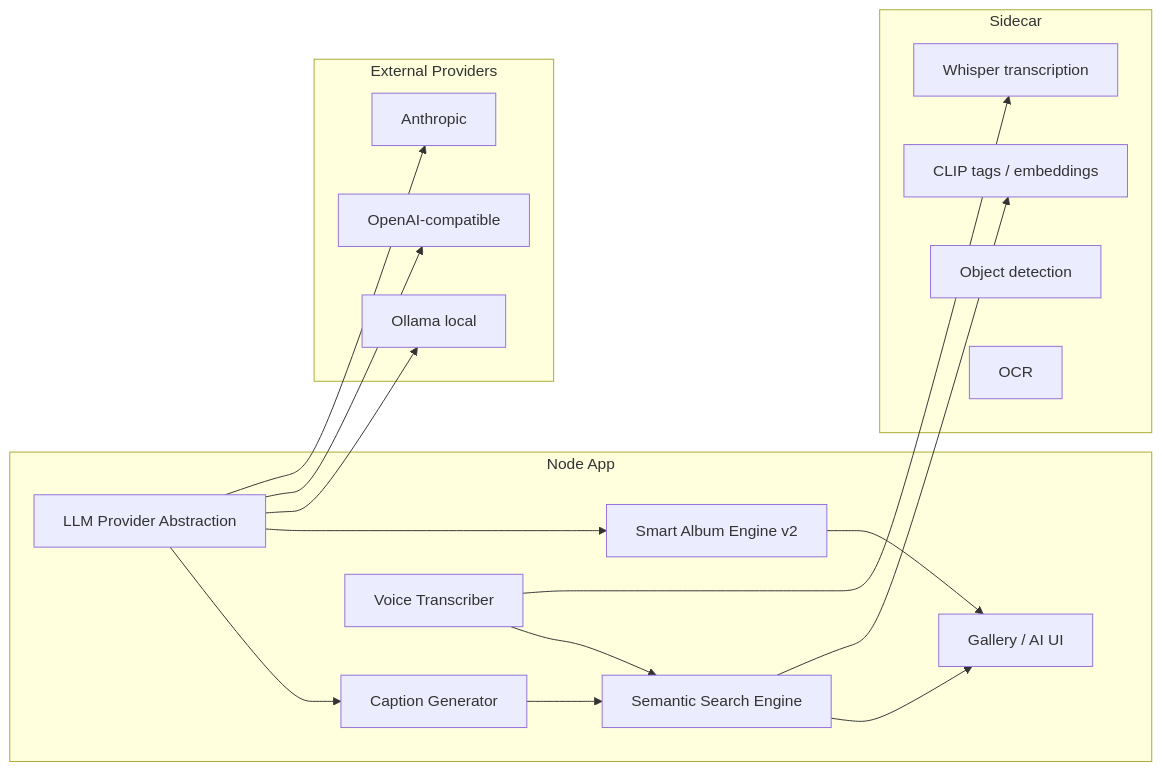
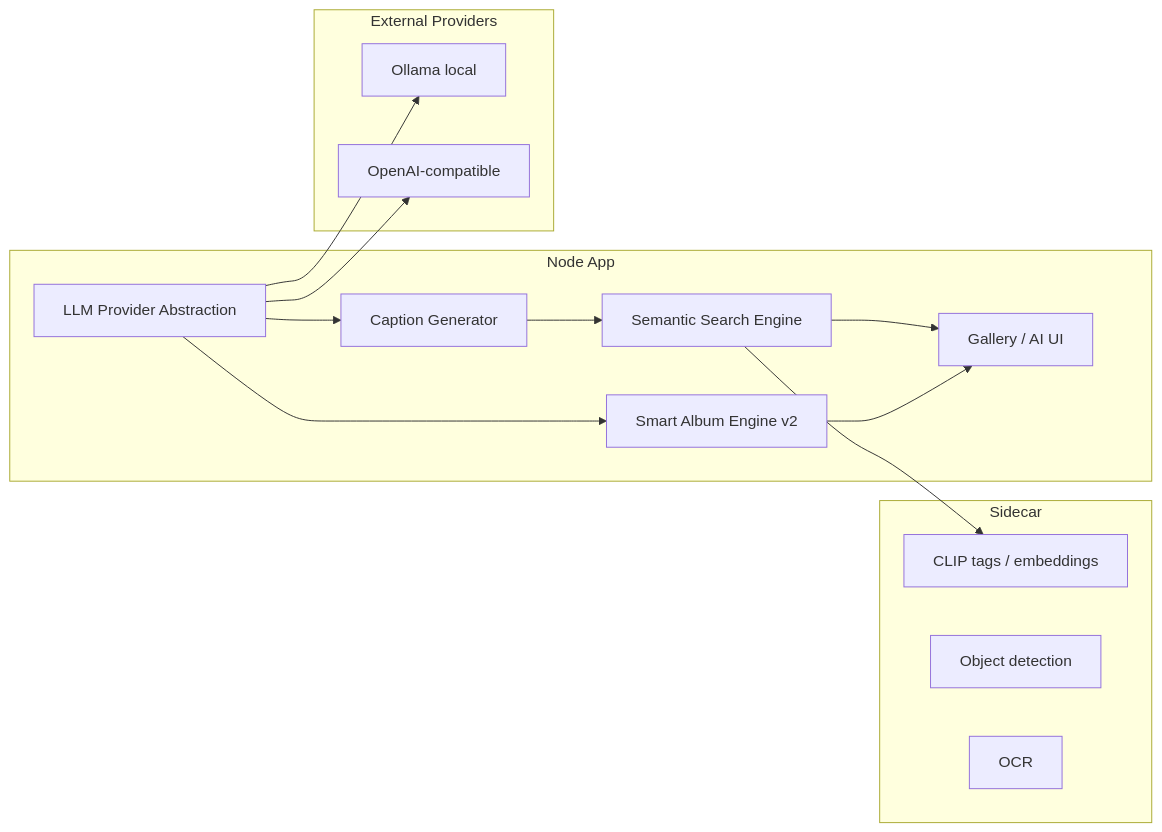
Before and after one commit to buluma/telegram-media-downloader: the first of 3 diagrams in docs/AI-ENHANCEMENTS.md, drawn with Mermaid. The commit also changed other lines of this file, not shown here.

Commit message:
docs(ai): remove Anthropic provider and transcription from roadmap

````diff
--- a/docs/AI-ENHANCEMENTS.md
+++ b/docs/AI-ENHANCEMENTS.md
@@ -46,36 +46,30 @@
 ```mermaid
 flowchart LR
     subgraph Node App
         provider[LLM Provider Abstraction]
         search[Semantic Search Engine]
         caption[Caption Generator]
-        voice[Voice Transcriber]
         smart[Smart Album Engine v2]
 
         provider --> caption
         provider --> smart
         search --> gallery[Gallery / AI UI]
-        voice --> search
         caption --> search
         smart --> gallery
     end
 
     subgraph Sidecar
         clip[CLIP tags / embeddings]
-        whisper[Whisper transcription]
         yolo[Object detection]
         tesseract[OCR]
     end
 
     subgraph External Providers
         ollama[Ollama local]
         openai[OpenAI-compatible]
-        anthropic[Anthropic]
     end
 
     provider --> ollama
     provider --> openai
-    provider --> anthropic
     search --> clip
-    voice --> whisper
 ```
````
